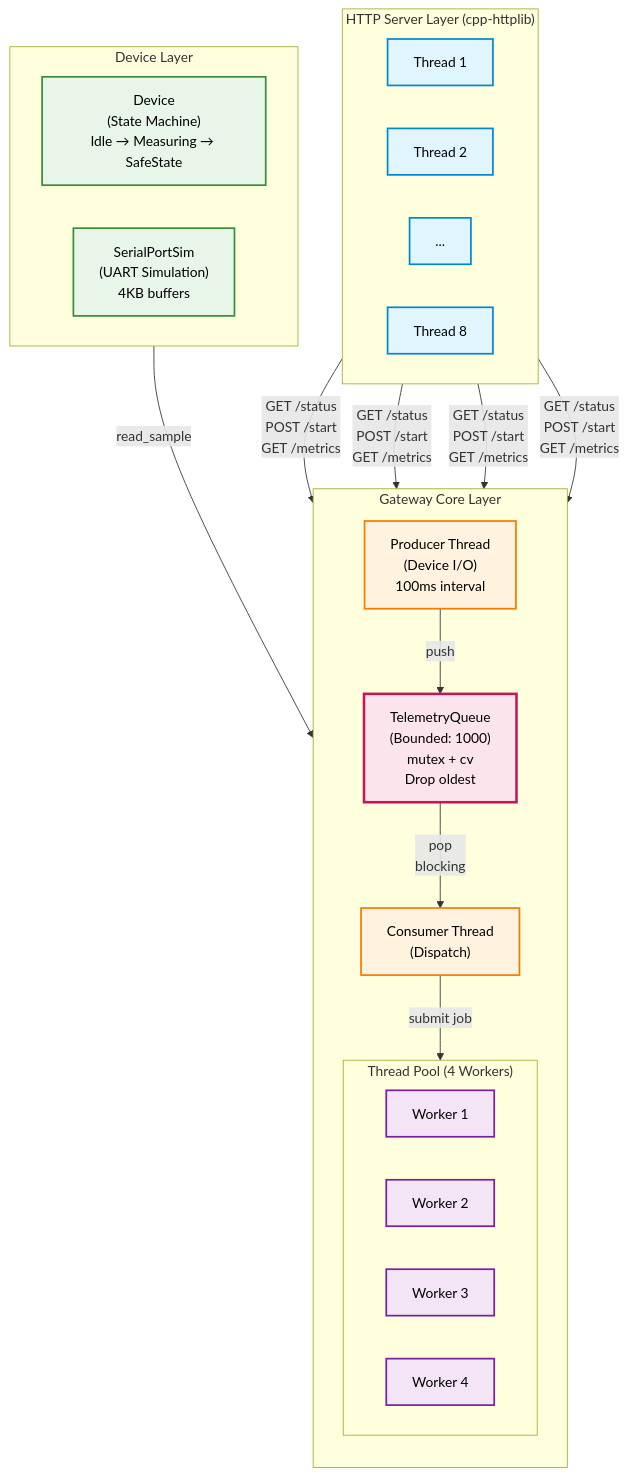
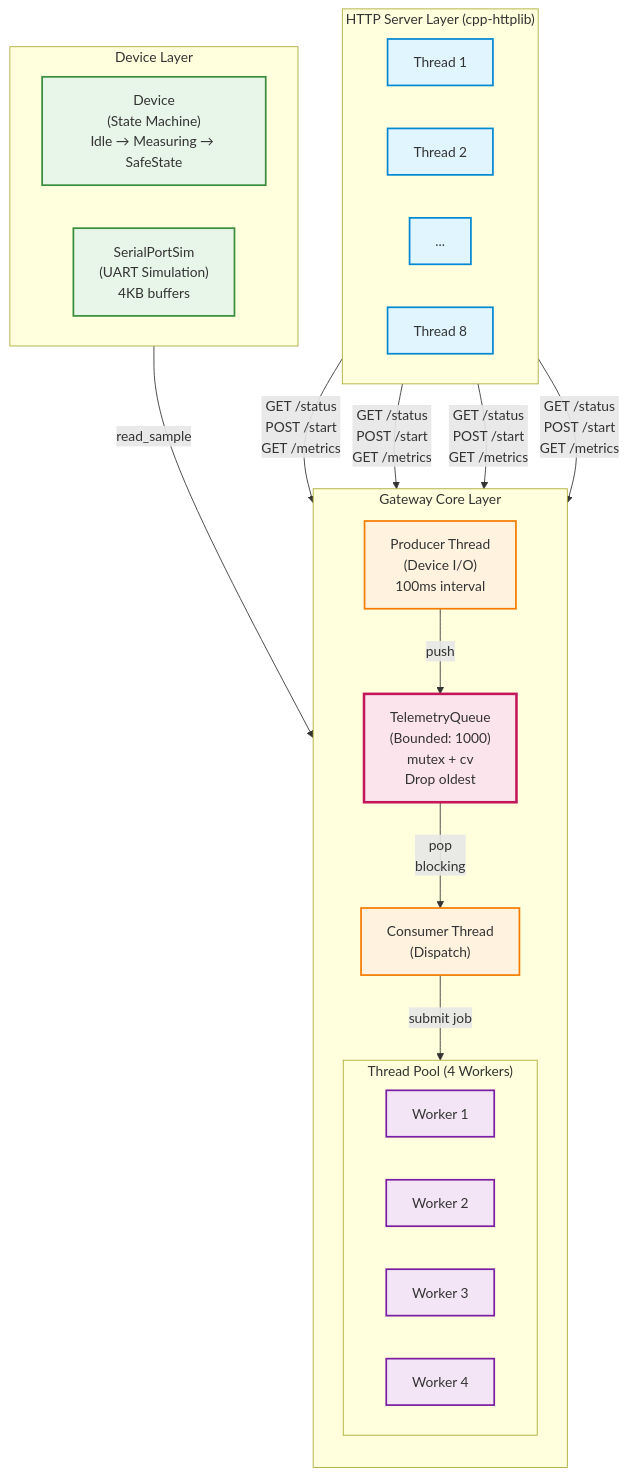
The first of 10 diagrams in docs/MULTITHREADING_ARCHITECTURE_DIAGRAM.md (amareshkumar/telemetryhub), drawn with Mermaid before and after one commit. The commit also changed other lines of this file and 7 other files, not shown here.

````diff
--- a/docs/MULTITHREADING_ARCHITECTURE_DIAGRAM.md
+++ b/docs/MULTITHREADING_ARCHITECTURE_DIAGRAM.md
@@ -15,49 +15,49 @@
 ```mermaid
 flowchart TB
     subgraph HTTP["HTTP Server Layer (cpp-httplib)"]
         direction LR
         HTTP1["Thread 1"]
         HTTP2["Thread 2"]
         HTTP3["..."]
         HTTP4["Thread 8"]
     end
     
     subgraph GatewayCore["Gateway Core Layer"]
         direction TB
         Producer["Producer Thread<br/>(Device I/O)<br/>100ms interval"]
         Queue["TelemetryQueue<br/>(Bounded: 1000)<br/>mutex + cv<br/>Drop oldest"]
         Consumer["Consumer Thread<br/>(Dispatch)"]
         
         subgraph ThreadPool["Thread Pool (4 Workers)"]
             direction LR
             W1["Worker 1"]
             W2["Worker 2"]
             W3["Worker 3"]
             W4["Worker 4"]
         end
         
         Producer -->|push| Queue
         Queue -->|pop<br/>blocking| Consumer
         Consumer -->|submit job| ThreadPool
     end
     
     subgraph Device["Device Layer"]
         Dev["Device<br/>(State Machine)<br/>Idle → Measuring → SafeState"]
         Serial["SerialPortSim<br/>(UART Simulation)<br/>4KB buffers"]
     end
     
     HTTP1 & HTTP2 & HTTP3 & HTTP4 -->|"GET /status<br/>POST /start<br/>GET /metrics"| GatewayCore
     Device -->|read_sample| Producer
     
-    classDef httpStyle fill:#e1f5ff,stroke:#0288d1,stroke-width:2px,color:#000
-    classDef coreStyle fill:#fff3e0,stroke:#f57c00,stroke-width:2px,color:#000
-    classDef deviceStyle fill:#e8f5e9,stroke:#388e3c,stroke-width:2px,color:#000
-    classDef queueStyle fill:#fce4ec,stroke:#c2185b,stroke-width:3px,color:#000
-    classDef poolStyle fill:#f3e5f5,stroke:#7b1fa2,stroke-width:2px,color:#000
+    classDef httpStyle fill:#e1f5ff,stroke:#0288d1,stroke-width:2px
+    classDef coreStyle fill:#fff3e0,stroke:#f57c00,stroke-width:2px
+    classDef deviceStyle fill:#e8f5e9,stroke:#388e3c,stroke-width:2px
+    classDef queueStyle fill:#fce4ec,stroke:#c2185b,stroke-width:3px
+    classDef poolStyle fill:#f3e5f5,stroke:#7b1fa2,stroke-width:2px
     
     class HTTP1,HTTP2,HTTP3,HTTP4 httpStyle
     class Producer,Consumer coreStyle
     class Queue queueStyle
     class W1,W2,W3,W4 poolStyle
     class Dev,Serial deviceStyle
 ```
````
